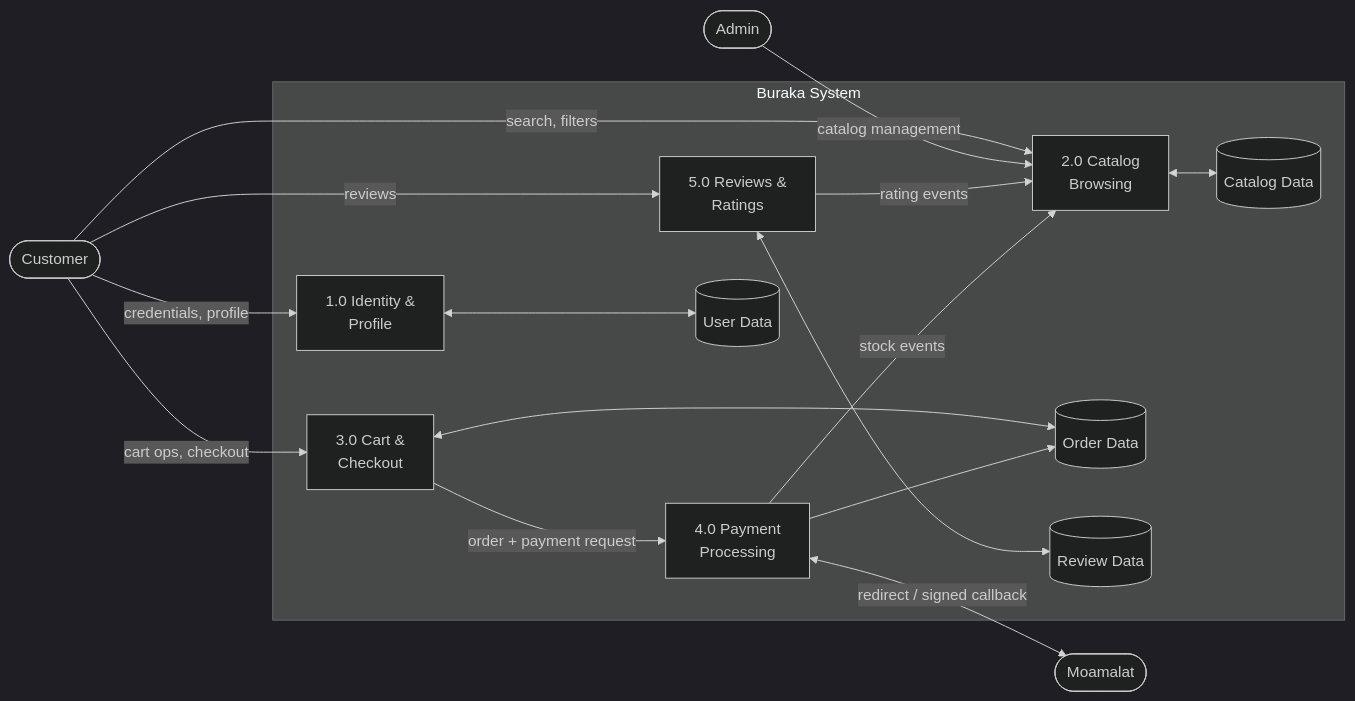
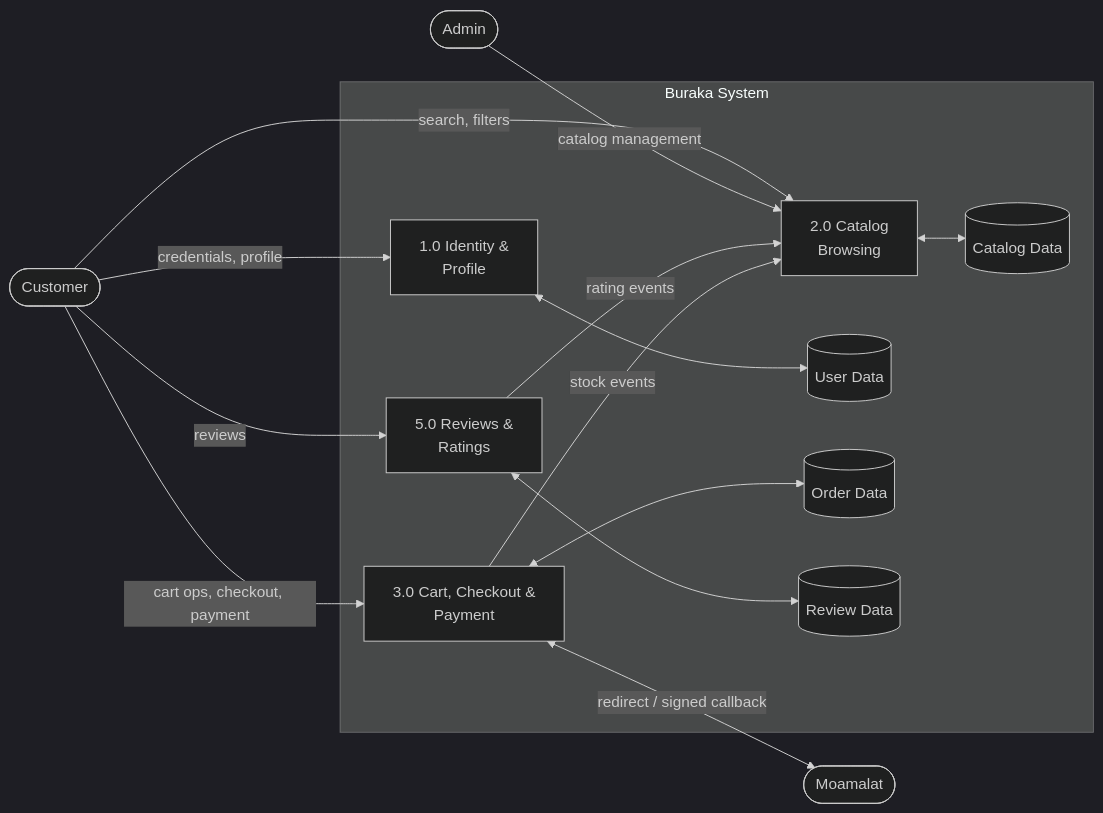
Before and after one commit to alialghanay/buraka: the fifth of 5 diagrams in buraka-docs/architecture/06-architecture-diagrams.md, drawn with Mermaid (dark theme). The commit also changed other lines of this file and 3 other files, not shown here.

First line of the commit message:
docs(architecture): address final review findings

````diff
--- a/buraka-docs/architecture/06-architecture-diagrams.md
+++ b/buraka-docs/architecture/06-architecture-diagrams.md
@@ -139,34 +139,31 @@
 ```mermaid
 flowchart LR
     customer(["Customer"])
     admin(["Admin"])
     moamalat(["Moamalat"])
 
     subgraph system["Buraka System"]
         p1["1.0 Identity &<br/>Profile"]
         p2["2.0 Catalog<br/>Browsing"]
-        p3["3.0 Cart &<br/>Checkout"]
-        p4["4.0 Payment<br/>Processing"]
+        p3["3.0 Cart, Checkout &<br/>Payment"]
         p5["5.0 Reviews &<br/>Ratings"]
         d1[("User Data")]
         d2[("Catalog Data")]
         d3[("Order Data")]
         d4[("Review Data")]
     end
 
     customer -->|"credentials, profile"| p1
     customer -->|"search, filters"| p2
-    customer -->|"cart ops, checkout"| p3
-    p3 -->|"order + payment request"| p4
-    p4 <-->|"redirect / signed callback"| moamalat
+    customer -->|"cart ops, checkout, payment"| p3
+    p3 <-->|"redirect / signed callback"| moamalat
     customer -->|"reviews"| p5
     admin -->|"catalog management"| p2
 
     p1 <--> d1
     p2 <--> d2
     p3 <--> d3
-    p4 --> d3
     p5 <--> d4
     p5 -->|"rating events"| p2
-    p4 -->|"stock events"| p2
+    p3 -->|"stock events"| p2
 ```
````
